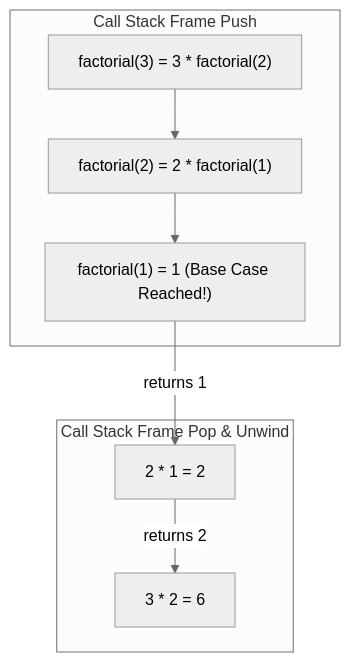
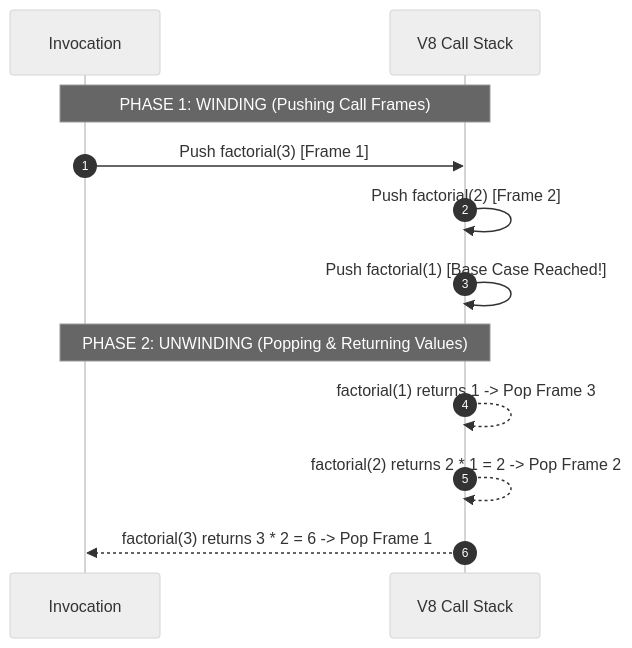
Before and after one commit to Amie-dev/engineering-playbook: the first of 2 diagrams in js-dsa/08-recursion.md, drawn with Mermaid (neutral theme). The commit also changed other lines of this file and 24 other files, not shown here.

````diff
--- a/js-dsa/08-recursion.md
+++ b/js-dsa/08-recursion.md
@@ -10,12 +15,16 @@
 ```mermaid
-flowchart TD
-    subgraph Call Stack Frame Push
-        F3["factorial(3) = 3 * factorial(2)"] --> F2["factorial(2) = 2 * factorial(1)"]
-        F2 --> F1["factorial(1) = 1 (Base Case Reached!)"]
-    end
-
-    subgraph Call Stack Frame Pop & Unwind
-        F1 -- returns 1 --> Pop2["2 * 1 = 2"]
-        Pop2 -- returns 2 --> Pop3["3 * 2 = 6"]
-    end
+sequenceDiagram
+    autonumber
+    participant App as Invocation
+    participant Stack as V8 Call Stack
+    
+    Note over App,Stack: PHASE 1: WINDING (Pushing Call Frames)
+    App->>Stack: Push factorial(3) [Frame 1]
+    Stack->>Stack: Push factorial(2) [Frame 2]
+    Stack->>Stack: Push factorial(1) [Base Case Reached!]
+    
+    Note over App,Stack: PHASE 2: UNWINDING (Popping & Returning Values)
+    Stack-->>Stack: factorial(1) returns 1 -> Pop Frame 3
+    Stack-->>Stack: factorial(2) returns 2 * 1 = 2 -> Pop Frame 2
+    Stack-->>App: factorial(3) returns 3 * 2 = 6 -> Pop Frame 1
 ```
````
